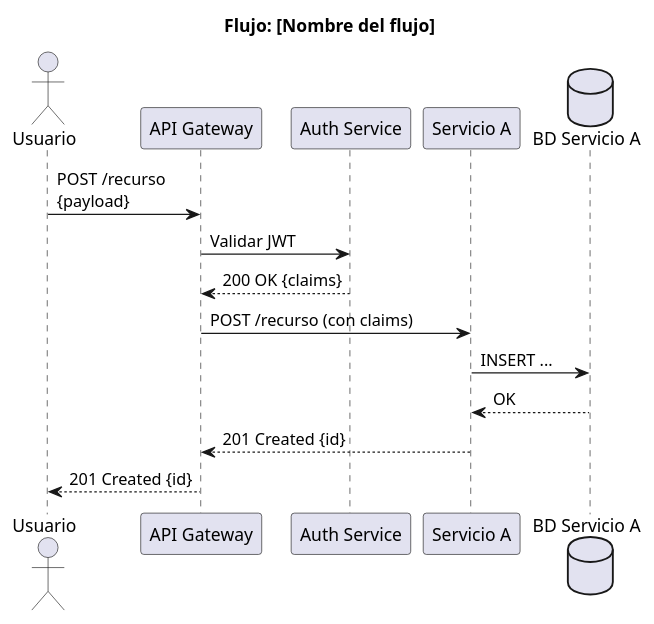
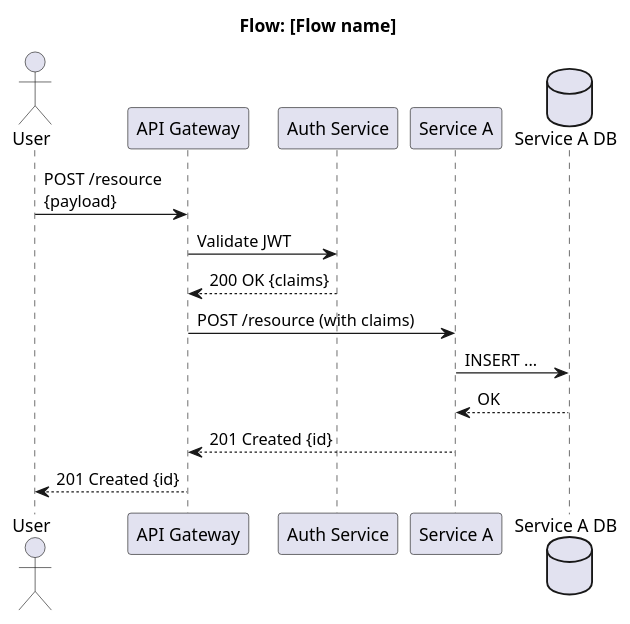
One commit to jesusarielgb-works/microservices-governance-framework changed the second of 4 diagrams in 08-uml/diagram-index.md. Above: the diagram before and after it, drawn with PlantUML. The commit also changed other lines of this file and 83 other files, not shown here.

First line of the commit message:
docs: translate all content to English + add SVG diagrams

````diff
--- a/08-uml/diagram-index.md
+++ b/08-uml/diagram-index.md
@@ -98,22 +98,22 @@
 ```plantuml
-@startuml seq-ejemplo
+@startuml seq-example
 
-title Flujo: [Nombre del flujo]
+title Flow: [Flow name]
 
-actor "Usuario" as U
+actor "User" as U
 participant "API Gateway" as GW
 participant "Auth Service" as AUTH
-participant "Servicio A" as SA
-database "BD Servicio A" as DBA
+participant "Service A" as SA
+database "Service A DB" as DBA
 
-U -> GW: POST /recurso\n{payload}
-GW -> AUTH: Validar JWT
+U -> GW: POST /resource\n{payload}
+GW -> AUTH: Validate JWT
 AUTH --> GW: 200 OK {claims}
-GW -> SA: POST /recurso (con claims)
+GW -> SA: POST /resource (with claims)
 SA -> DBA: INSERT ...
 DBA --> SA: OK
 SA --> GW: 201 Created {id}
 GW --> U: 201 Created {id}
 
 @enduml
 ```
````
